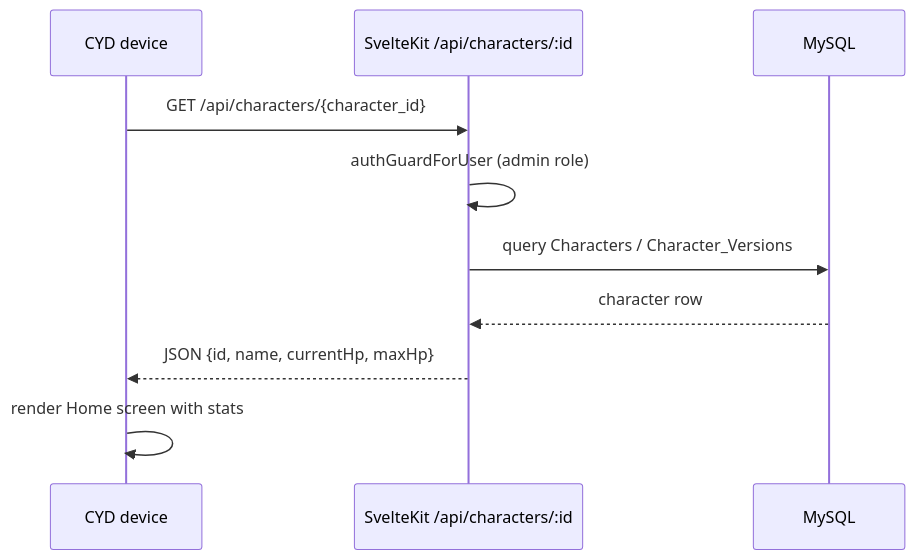
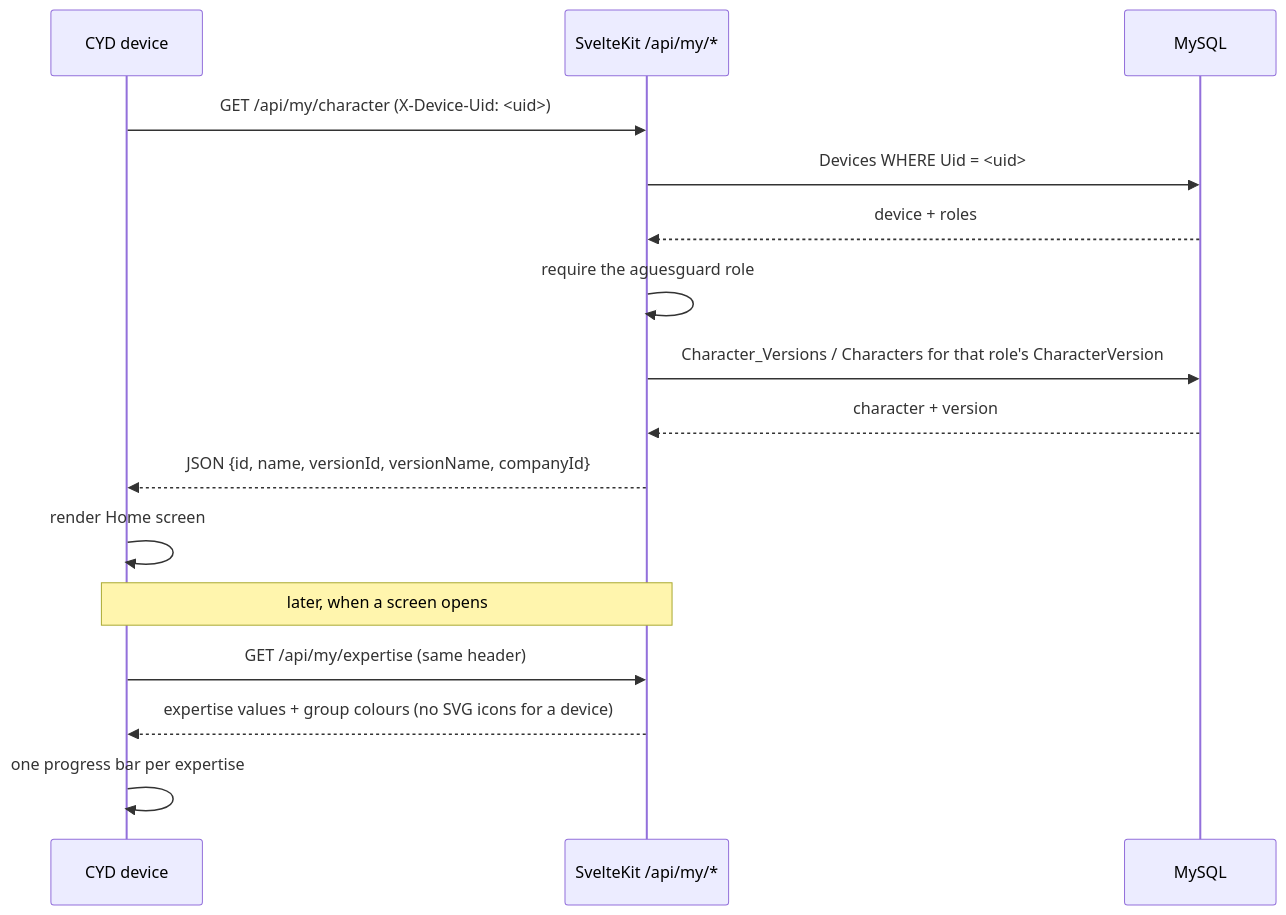
Before and after one commit to yodivdhende/terra-prime: the fifth of 7 diagrams in docs/CYD_DESIGN.md, drawn with Mermaid. The commit also changed other lines of this file and 60 other files, not shown here.

````diff
--- a/docs/CYD_DESIGN.md
+++ b/docs/CYD_DESIGN.md
@@ -144,13 +168,20 @@
 ```mermaid
 sequenceDiagram
     participant D as CYD device
-    participant API as SvelteKit /api/characters/:id
+    participant API as SvelteKit /api/my/*
     participant DB as MySQL
 
-    D->>API: GET /api/characters/{character_id}
-    API->>API: authGuardForUser (admin role)
-    API->>DB: query Characters / Character_Versions
-    DB-->>API: character row
-    API-->>D: JSON {id, name, currentHp, maxHp}
-    D->>D: render Home screen with stats
+    D->>API: GET /api/my/character (X-Device-Uid: <uid>)
+    API->>DB: Devices WHERE Uid = <uid>
+    DB-->>API: device + roles
+    API->>API: require the aguesguard role
+    API->>DB: Character_Versions / Characters for that role's CharacterVersion
+    DB-->>API: character + version
+    API-->>D: JSON {id, name, versionId, versionName, companyId}
+    D->>D: render Home screen
+
+    Note over D,API: later, when a screen opens
+    D->>API: GET /api/my/expertise (same header)
+    API-->>D: expertise values + group colours (no SVG icons for a device)
+    D->>D: one progress bar per expertise
 ```
````
